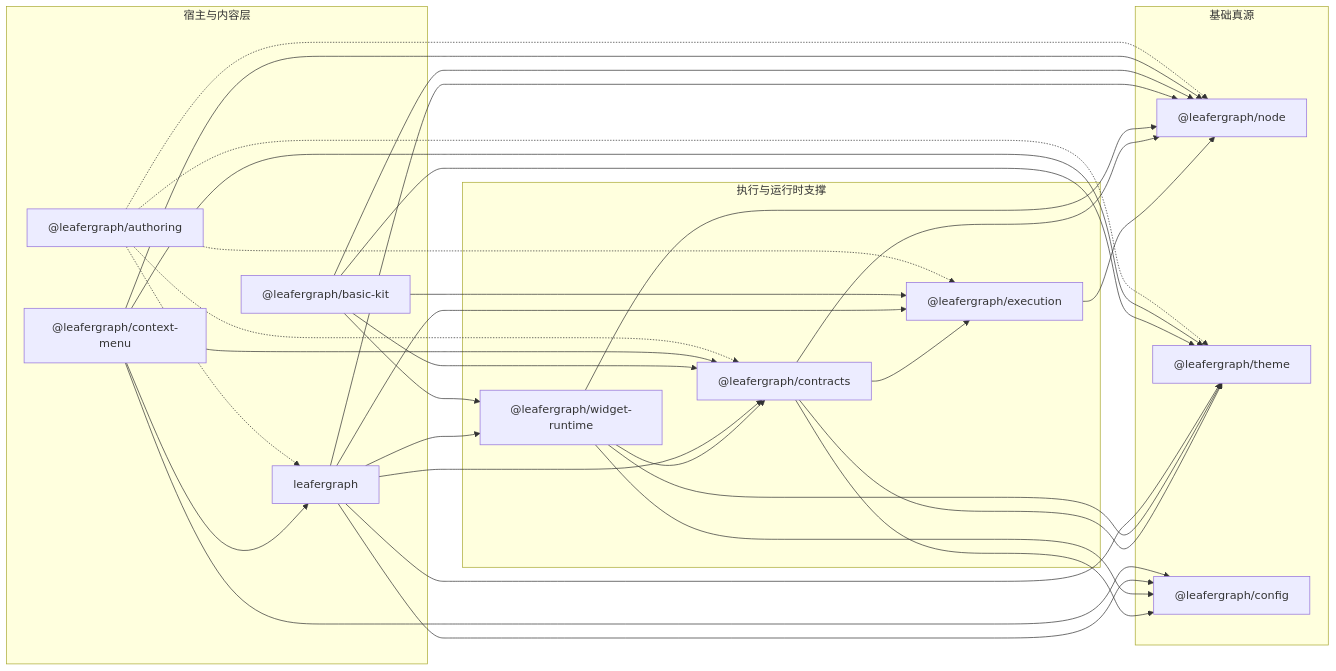
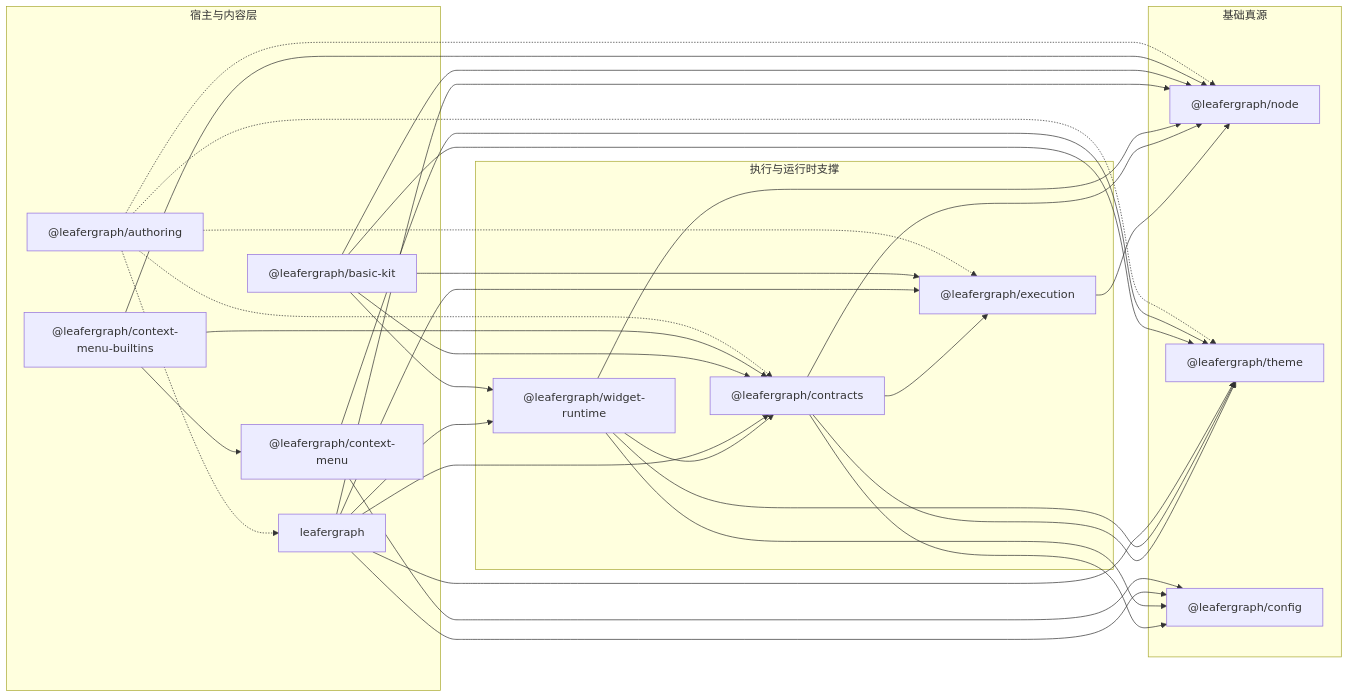
The diagram in README.md (izumkineno/leafergraph), drawn with Mermaid before and after one commit. The commit also changed other lines of this file and 25 other files, not shown here.

````diff
--- a/README.md
+++ b/README.md
@@ -40,58 +42,60 @@
 ```mermaid
 flowchart LR
     subgraph foundation["基础真源"]
         nodePkg["@leafergraph/node"]
         themePkg["@leafergraph/theme"]
         configPkg["@leafergraph/config"]
     end
 
     subgraph runtime["执行与运行时支撑"]
         execPkg["@leafergraph/execution"]
         contractsPkg["@leafergraph/contracts"]
         widgetRuntimePkg["@leafergraph/widget-runtime"]
     end
 
     subgraph host["宿主与内容层"]
         leafergraphPkg["leafergraph"]
         basicKitPkg["@leafergraph/basic-kit"]
         contextMenuPkg["@leafergraph/context-menu"]
+        contextMenuBuiltinsPkg["@leafergraph/context-menu-builtins"]
         authoringPkg["@leafergraph/authoring"]
     end
 
     execPkg --> nodePkg
 
     contractsPkg --> configPkg
     contractsPkg --> execPkg
     contractsPkg --> nodePkg
     contractsPkg --> themePkg
 
     widgetRuntimePkg --> configPkg
     widgetRuntimePkg --> contractsPkg
     widgetRuntimePkg --> nodePkg
     widgetRuntimePkg --> themePkg
 
     leafergraphPkg --> configPkg
     leafergraphPkg --> contractsPkg
     leafergraphPkg --> execPkg
     leafergraphPkg --> nodePkg
     leafergraphPkg --> themePkg
     leafergraphPkg --> widgetRuntimePkg
 
     basicKitPkg --> contractsPkg
     basicKitPkg --> execPkg
     basicKitPkg --> nodePkg
     basicKitPkg --> themePkg
     basicKitPkg --> widgetRuntimePkg
 
     contextMenuPkg --> configPkg
-    contextMenuPkg --> contractsPkg
-    contextMenuPkg --> nodePkg
     contextMenuPkg --> themePkg
-    contextMenuPkg --> leafergraphPkg
+
+    contextMenuBuiltinsPkg --> contextMenuPkg
+    contextMenuBuiltinsPkg --> contractsPkg
+    contextMenuBuiltinsPkg --> nodePkg
 
     authoringPkg -.-> contractsPkg
     authoringPkg -.-> execPkg
     authoringPkg -.-> nodePkg
     authoringPkg -.-> themePkg
     authoringPkg -.-> leafergraphPkg
 ```
````
